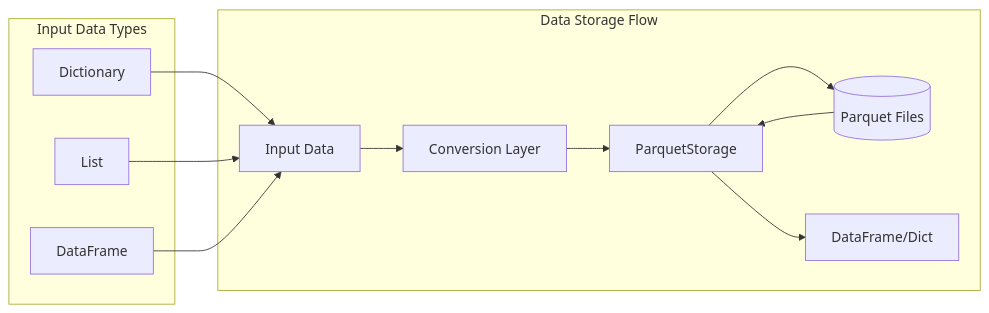
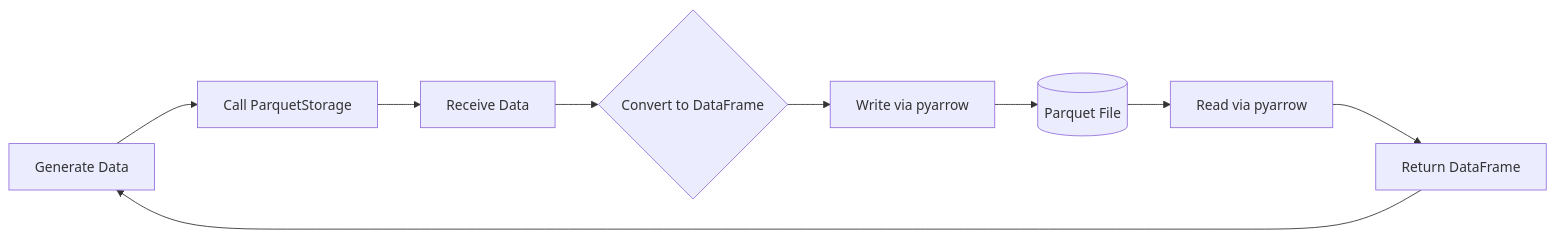
Before and after one commit to Ollama-Agent-Roll-Cage/oarc-crawlers: the second of 5 diagrams in docs/Specification.md, drawn with Mermaid. The commit also changed other lines of this file and 9 other files, not shown here.

````diff
--- a/docs/Specification.md
+++ b/docs/Specification.md
@@ -109,20 +110,11 @@
 ```mermaid
 graph LR
-    subgraph "Data Storage Flow"
-        IN[Input Data] --> CONV[Conversion Layer]
-        CONV --> PSTORE[ParquetStorage]
-        PSTORE --> PFILE[(Parquet Files)]
-        PFILE --> PSTORE
-        PSTORE --> DF[DataFrame/Dict]
-    end
-
-    subgraph "Input Data Types"
-        Dict[Dictionary]
-        List[List]
-        DataFrame[DataFrame]
-    end
-
-    Dict --> IN
-    List --> IN
-    DataFrame --> IN
+    A[Generate Data] --> B[Call ParquetStorage]
+    B --> C[Receive Data]
+    C --> D{Convert to DataFrame}
+    D --> E[Write via pyarrow]
+    E --> F[(Parquet File)]
+    F --> G[Read via pyarrow]
+    G --> H[Return DataFrame]
+    H --> A
 ```
````
